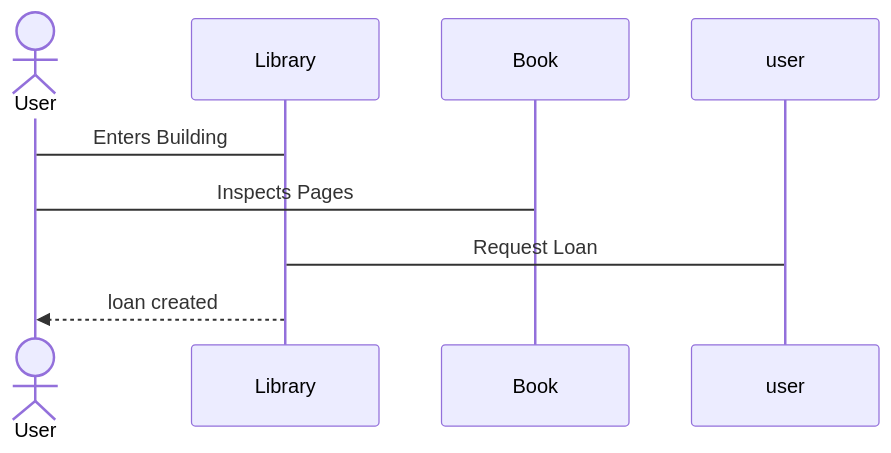
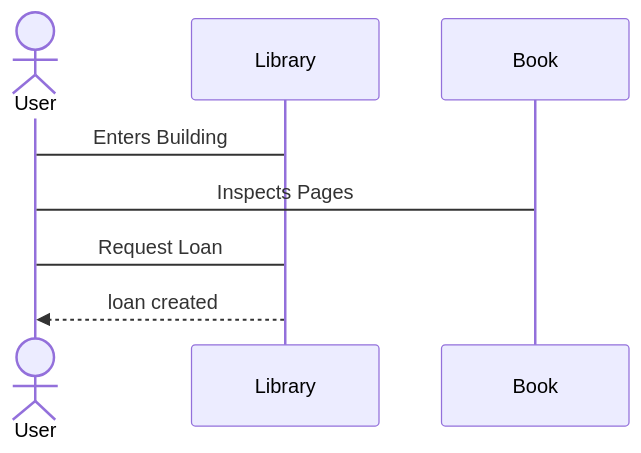
The diagram in uml_intro/1-sequence_diagram.mmd (Rayman-tech-temp/holbertonschool-sw_design_architecture), drawn with Mermaid before and after one commit.

Commit message:
fixing typo in names

```diff
--- a/uml_intro/1-sequence_diagram.mmd
+++ b/uml_intro/1-sequence_diagram.mmd
@@ -1,8 +1,8 @@
 sequenceDiagram
     actor User
     participant Library
     Participant Book
     User->Library: Enters Building
     User->Book: Inspects Pages
-    user->Library: Request Loan
+    User->Library: Request Loan
     Library-->>User: loan created
```
